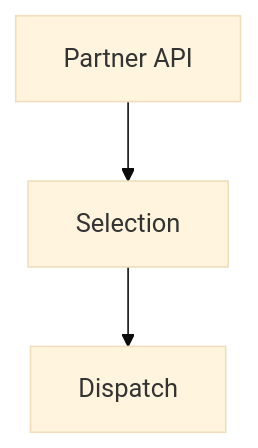
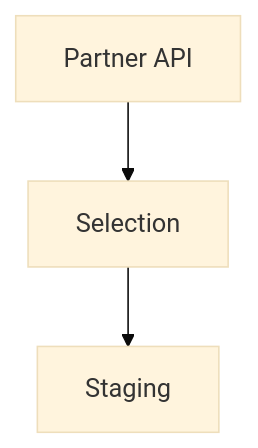
Before and after one commit to jeffstagg/portfolio: the first of 3 diagrams in apps/Portfolio.React/public/content/projects/instacart-fulfillment.md, drawn with Mermaid (base theme). The commit also changed other lines of this file and 1 other file, not shown here.

````diff
--- a/apps/Portfolio.React/public/content/projects/instacart-fulfillment.md
+++ b/apps/Portfolio.React/public/content/projects/instacart-fulfillment.md
@@ -30,5 +31,5 @@
 ```mermaid
 graph TD
     A[Partner API] --> B[Selection]
-    B[Selection] --> C[Dispatch]
+    B[Selection] --> C[Staging]
 ```
````
